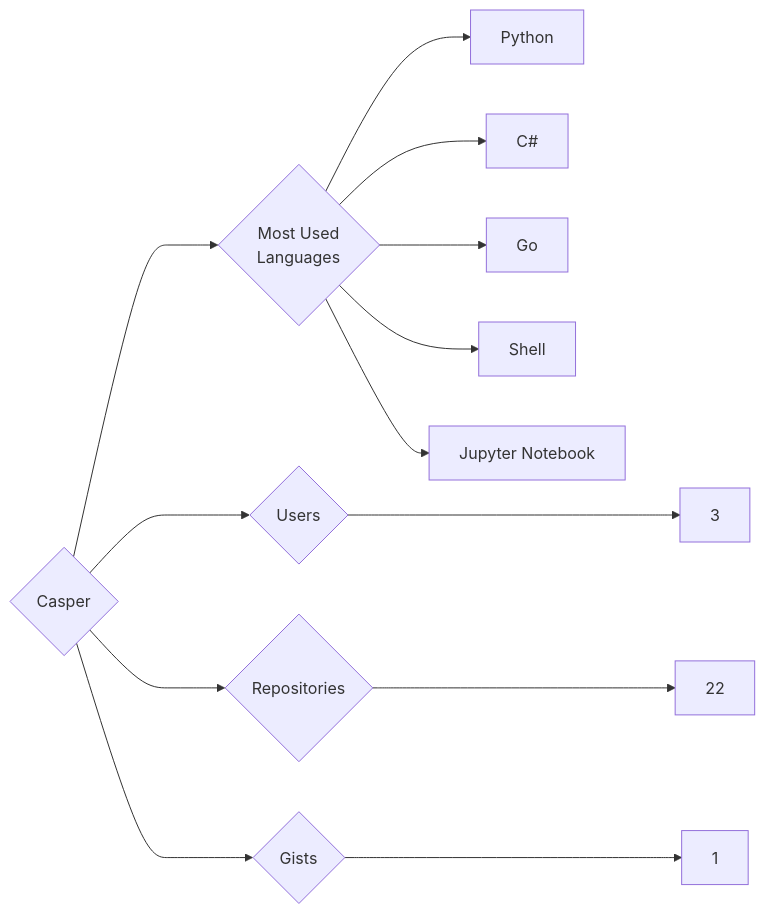
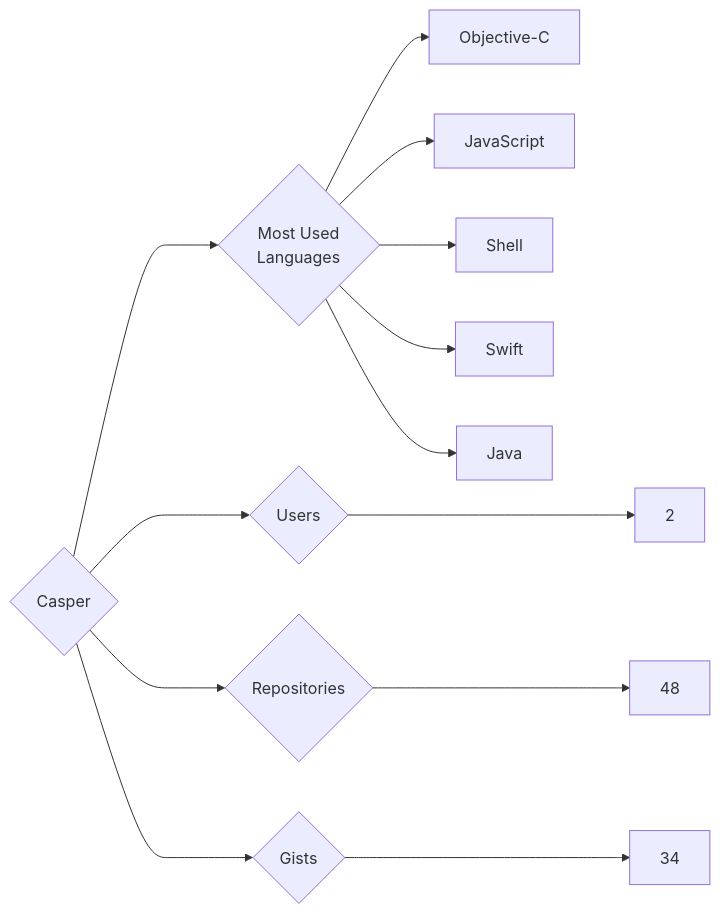
The diagram in targets/Casper/README.md (trickest/insiders), drawn with Mermaid before and after one commit. The commit also changed 865 other files, not shown here.

````diff
--- a/targets/Casper/README.md
+++ b/targets/Casper/README.md
@@ -3,13 +3,13 @@
 ```mermaid
 graph LR
 COMPANY_NAME{Casper}
-COMPANY_NAME ---> U{Users} ---> UN[3]
-COMPANY_NAME ---> R{Repositories} ---> RN[22]
-COMPANY_NAME ---> G{Gists} ---> GN[1]
+COMPANY_NAME ---> U{Users} ---> UN[2]
+COMPANY_NAME ---> R{Repositories} ---> RN[48]
+COMPANY_NAME ---> G{Gists} ---> GN[34]
 COMPANY_NAME ---> ML{Most Used<br>Languages}
-ML --> Python[Python]
-ML --> C#[C#]
-ML --> Go[Go]
+ML --> Objective-C[Objective-C]
+ML --> JavaScript[JavaScript]
 ML --> Shell[Shell]
-ML --> Jupyter_Notebook[Jupyter Notebook]
+ML --> Swift[Swift]
+ML --> Java[Java]
 ```
````
